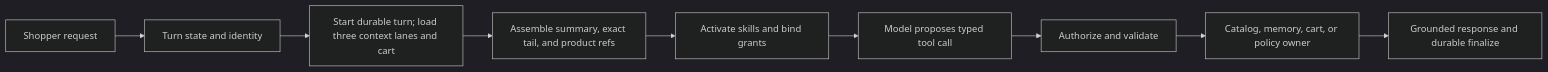
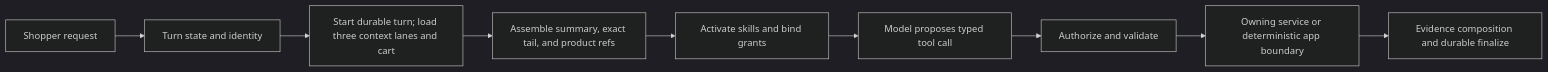
Before and after one commit to NVIDIA-AI-Blueprints/retail-shopping-assistant: the diagram in docs/SHOPPER_AGENT_LEADERSHIP_NOTE.md, drawn with Mermaid (dark theme). The commit also changed other lines of this file and 31 other files, not shown here.

Commit message:
refactor(agent): harden evidence-grounded shopper context

````diff
--- a/docs/SHOPPER_AGENT_LEADERSHIP_NOTE.md
+++ b/docs/SHOPPER_AGENT_LEADERSHIP_NOTE.md
@@ -26,11 +32,11 @@
 ```mermaid
 flowchart LR
     A[Shopper request] --> B[Turn state and identity]
     B --> C[Start durable turn; load three context lanes and cart]
     C --> D[Assemble summary, exact tail, and product refs]
     D --> E[Activate skills and bind grants]
     E --> F[Model proposes typed tool call]
     F --> G[Authorize and validate]
-    G --> H[Catalog, memory, cart, or policy owner]
-    H --> I[Grounded response and durable finalize]
+    G --> H[Owning service or deterministic app boundary]
+    H --> I[Evidence composition and durable finalize]
 ```
````
